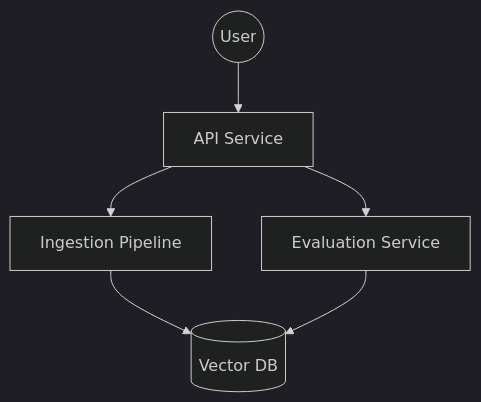
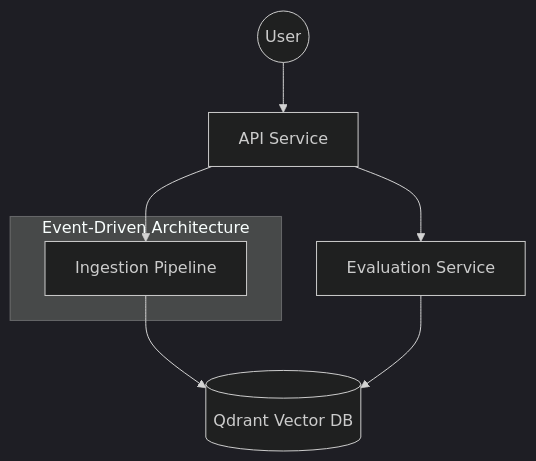
The first of 2 diagrams in openwiki/architecture/overview.md (abhindeves/langchain_docs_rag), drawn with Mermaid (dark theme) before and after one commit. The commit also changed other lines of this file and 17 other files, not shown here.

````diff
--- a/openwiki/architecture/overview.md
+++ b/openwiki/architecture/overview.md
@@ -25,12 +25,12 @@
 ```mermaid
 flowchart TB
-    API[API Service]
-    Ingestion[Ingestion Pipeline]
-    Eval[Evaluation Service]
+    User((User)) --> API[API Service]
+    API --> Ingestion[Ingestion Pipeline]
+    API --> Eval[Evaluation Service]
+    Ingestion --> Qdrant[(Qdrant Vector DB)]
+    Eval --> Qdrant
     
-    User((User)) --> API
-    API --> Ingestion
-    API --> Eval
-    Ingestion --> Qdrant[(Vector DB)]
-    Eval --> Qdrant
+    subgraph EventDriven[Event-Driven Architecture]
+        Ingestion
+    end
 ```
````
